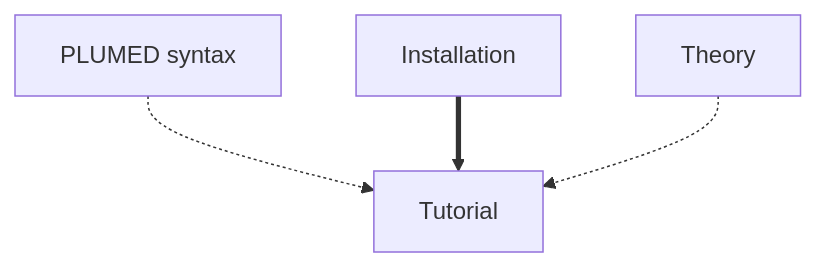
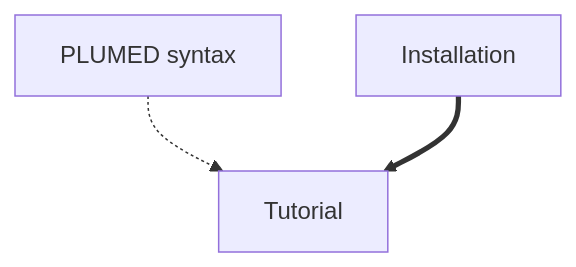
One commit to samiransen23/bAIes-SM-fork2 changed the diagram in NAVIGATION.md. Above: the diagram before and after it, drawn with Mermaid. The commit also changed 1 other file, not shown here.

````diff
--- a/NAVIGATION.md
+++ b/NAVIGATION.md
@@ -44,10 +44,9 @@
 ```mermaid
 flowchart TB;
   A[PLUMED syntax] -.-> C[Tutorial];
   B[Installation] ==> C;
-  D[Theory] -.-> C;
 
   click A "refsyntax" "Basic features of the PLUMED input syntax with a particular focus on PBCs and selection tools";
   click B "install.md" "Installation instructions";
   click C "tutorial/README.md" "Tutorial to use bAIes to build refined protein targets for docking";
 ```
````
